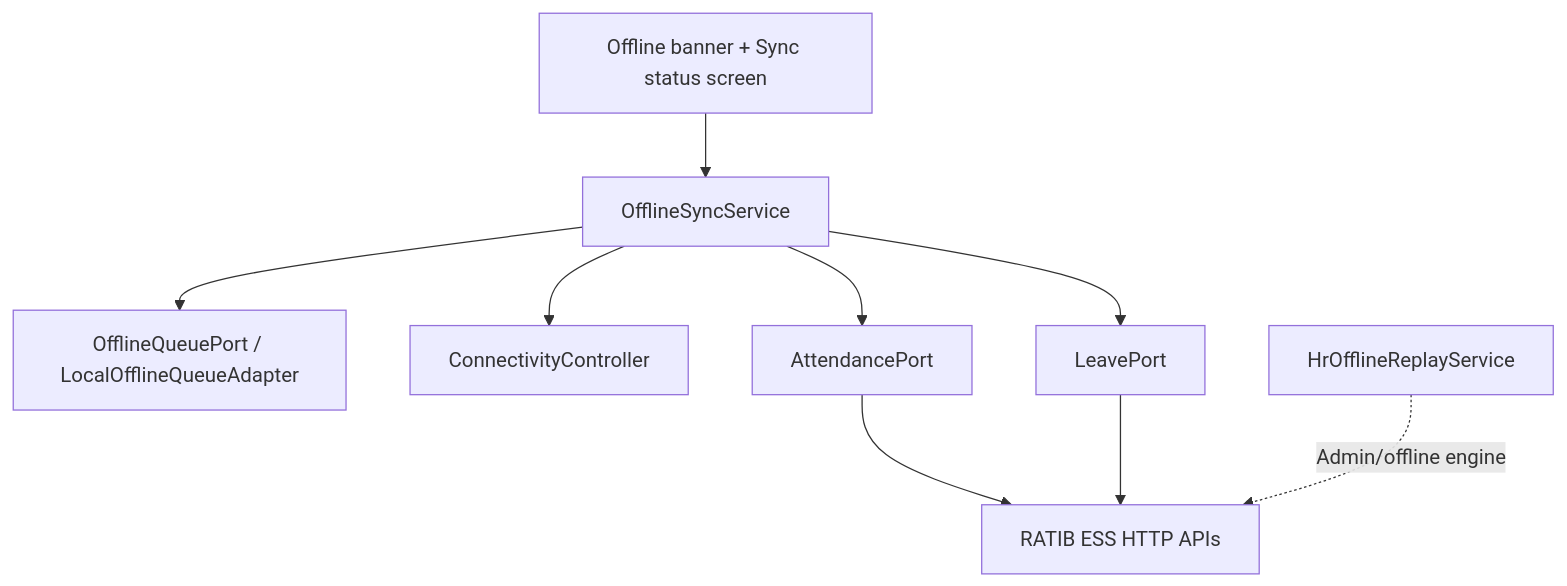
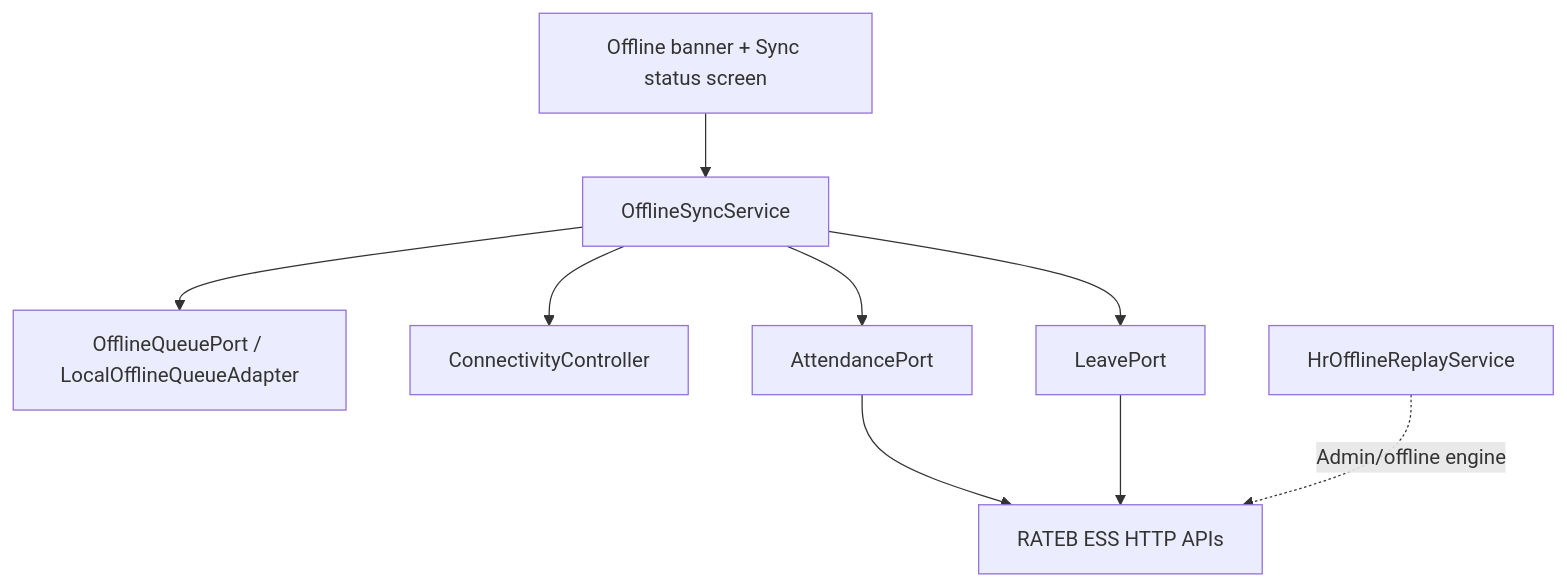
Before and after one commit to ratibstar/ratib-pro: the diagram in ratib_hr_mobile/docs/PHASE_H.md, drawn with Mermaid. The commit also changed 195 other files, not shown here.

````diff
--- a/ratib_hr_mobile/docs/PHASE_H.md
+++ b/ratib_hr_mobile/docs/PHASE_H.md
@@ -13,20 +13,20 @@
 ```mermaid
 flowchart TB
   UI[Offline banner + Sync status screen]
   Sync[OfflineSyncService]
   Queue[OfflineQueuePort / LocalOfflineQueueAdapter]
   Conn[ConnectivityController]
   Att[AttendancePort]
   Leave[LeavePort]
-  ERP[RATIB ESS HTTP APIs]
+  ERP[RATEB ESS HTTP APIs]
   Replay[HrOfflineReplayService]
 
   UI --> Sync
   Sync --> Conn
   Sync --> Queue
   Sync --> Att
   Sync --> Leave
   Att --> ERP
   Leave --> ERP
   Replay -.->|Admin/offline engine| ERP
 ```
````
